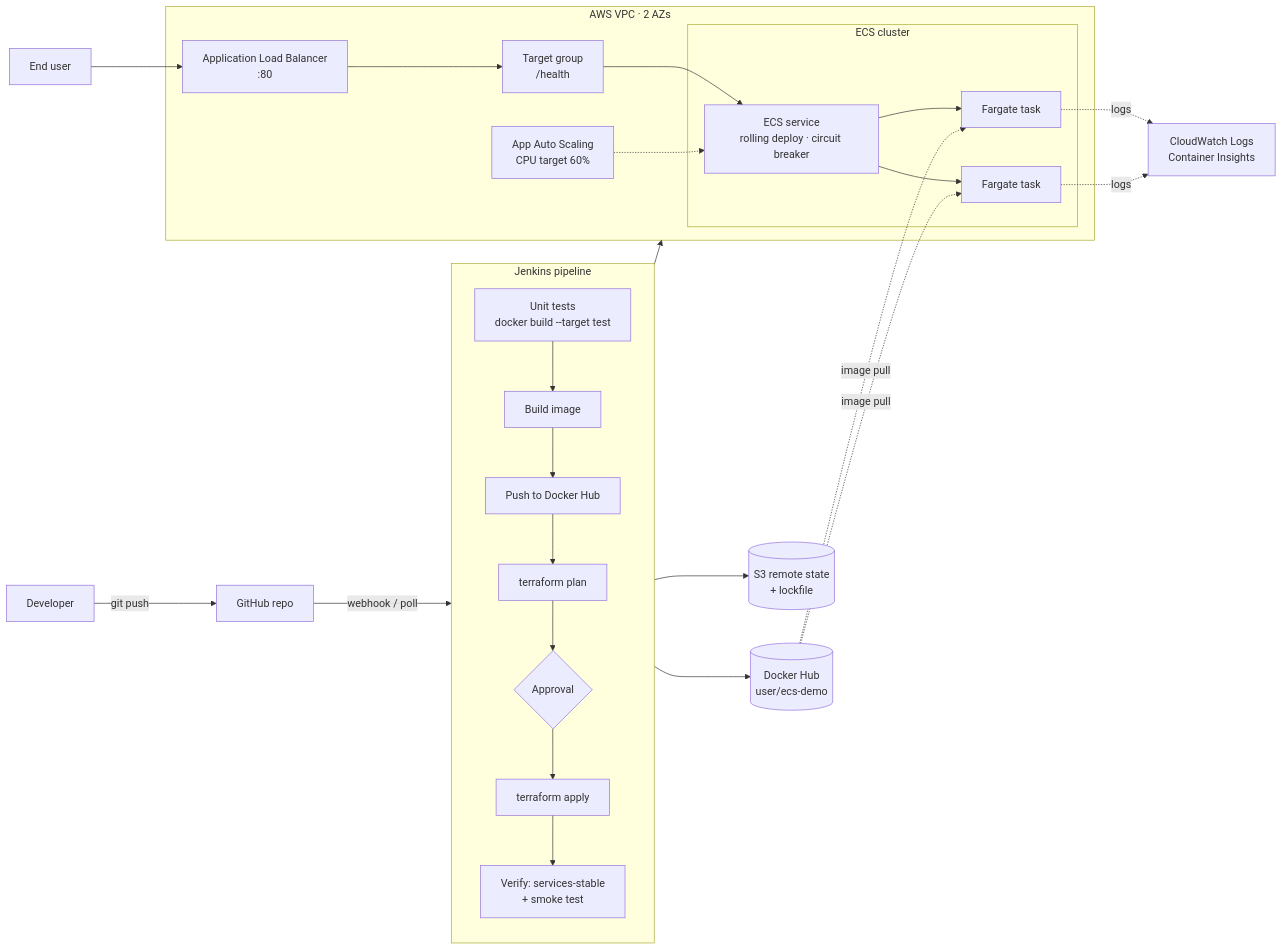
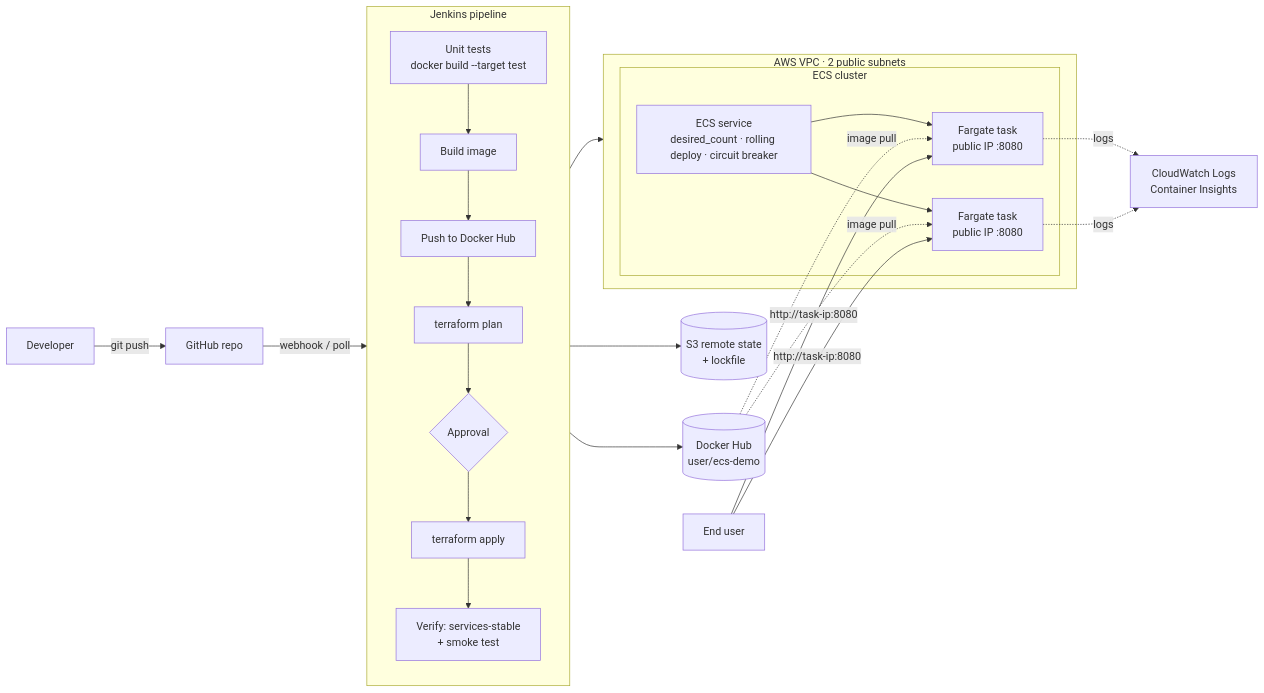
One commit to amodarivindu/containerized-application-deploymenet-using-iac changed the diagram in README.md. Above: the diagram before and after it, drawn with Mermaid. The commit also changed other lines of this file and 16 other files, not shown here.

````diff
--- a/README.md
+++ b/README.md
@@ -7,33 +7,30 @@
 ```mermaid
 flowchart LR
     dev[Developer] -->|git push| gh[GitHub repo]
     gh -->|webhook / poll| jenkins
 
     subgraph jenkins[Jenkins pipeline]
         direction TB
         t[Unit tests<br/>docker build --target test] --> b[Build image]
         b --> p[Push to Docker Hub]
         p --> plan[terraform plan]
         plan --> ok{Approval}
         ok --> apply[terraform apply]
         apply --> v[Verify: services-stable<br/>+ smoke test]
     end
 
     p --> hub[(Docker Hub<br/>user/ecs-demo)]
     apply --> state[(S3 remote state<br/>+ lockfile)]
 
-    subgraph aws[AWS VPC · 2 AZs]
-        alb[Application Load Balancer<br/>:80] --> tg[Target group<br/>/health]
-        tg --> svc
+    subgraph aws[AWS VPC · 2 public subnets]
         subgraph ecs[ECS cluster]
-            svc[ECS service<br/>rolling deploy · circuit breaker] --> t1[Fargate task]
-            svc --> t2[Fargate task]
+            svc[ECS service<br/>desired_count · rolling deploy · circuit breaker] --> t1[Fargate task<br/>public IP :8080]
+            svc --> t2[Fargate task<br/>public IP :8080]
         end
-        asg[App Auto Scaling<br/>CPU target 60%] -.-> svc
     end
 
     apply --> aws
     hub -.image pull.-> t1 & t2
     t1 & t2 -.logs.-> cw[CloudWatch Logs<br/>Container Insights]
-    user[End user] --> alb
+    user[End user] -->|http://task-ip:8080| t1 & t2
 ```
````
